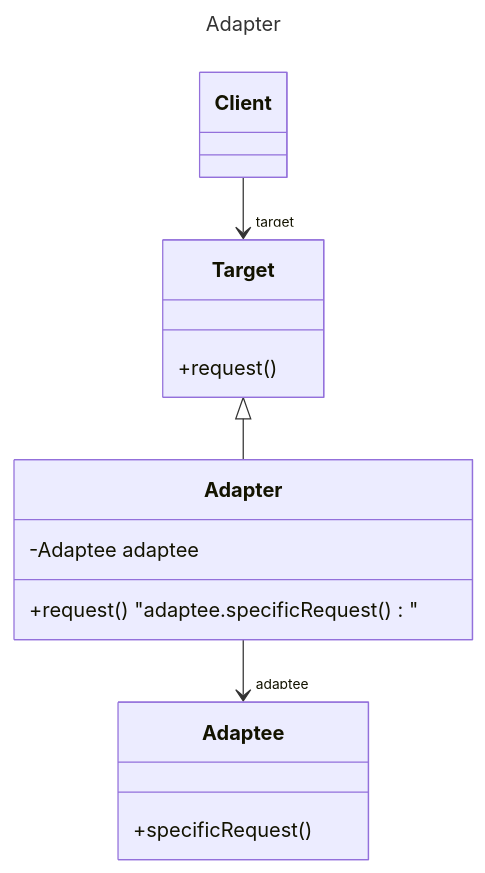
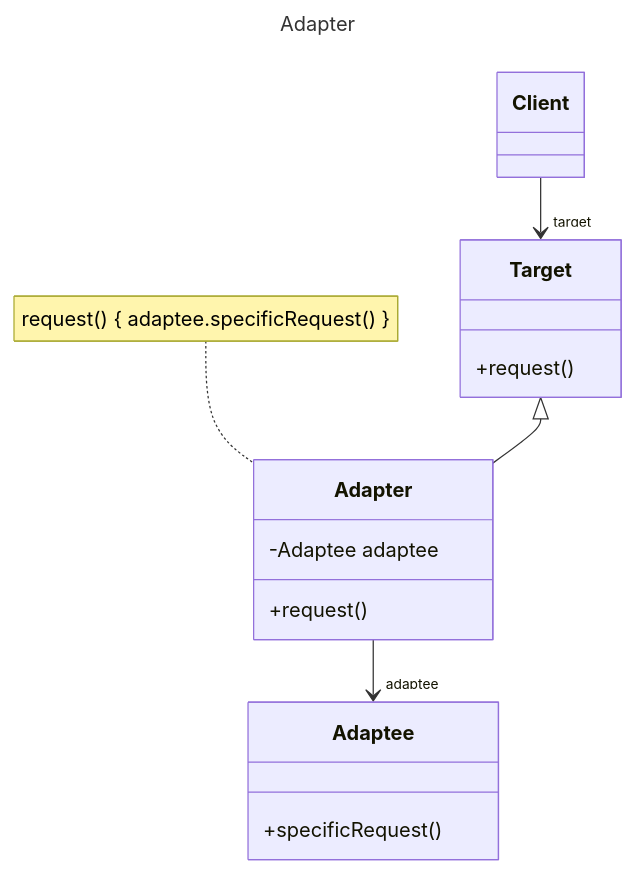
Before and after one commit to rwibawa/designpatterns: the sixth of 12 diagrams in README.md, drawn with Mermaid. The commit also changed other lines of this file and 5 other files, not shown here.

````diff
--- a/README.md
+++ b/README.md
@@ -146,13 +223,16 @@
 ```mermaid
 ---
 title: Adapter
 ---
 classDiagram
     Client --> "target" Target
+    
     Target: +request()
     Target <|-- Adapter
+    
+    note for Adapter "request() { adaptee.specificRequest() }"
     Adapter: -Adaptee adaptee
-    Adapter: +request() "adaptee.specificRequest()"
+    Adapter: +request()
     Adapter --> "adaptee" Adaptee
     Adaptee: +specificRequest()
 ```
````
